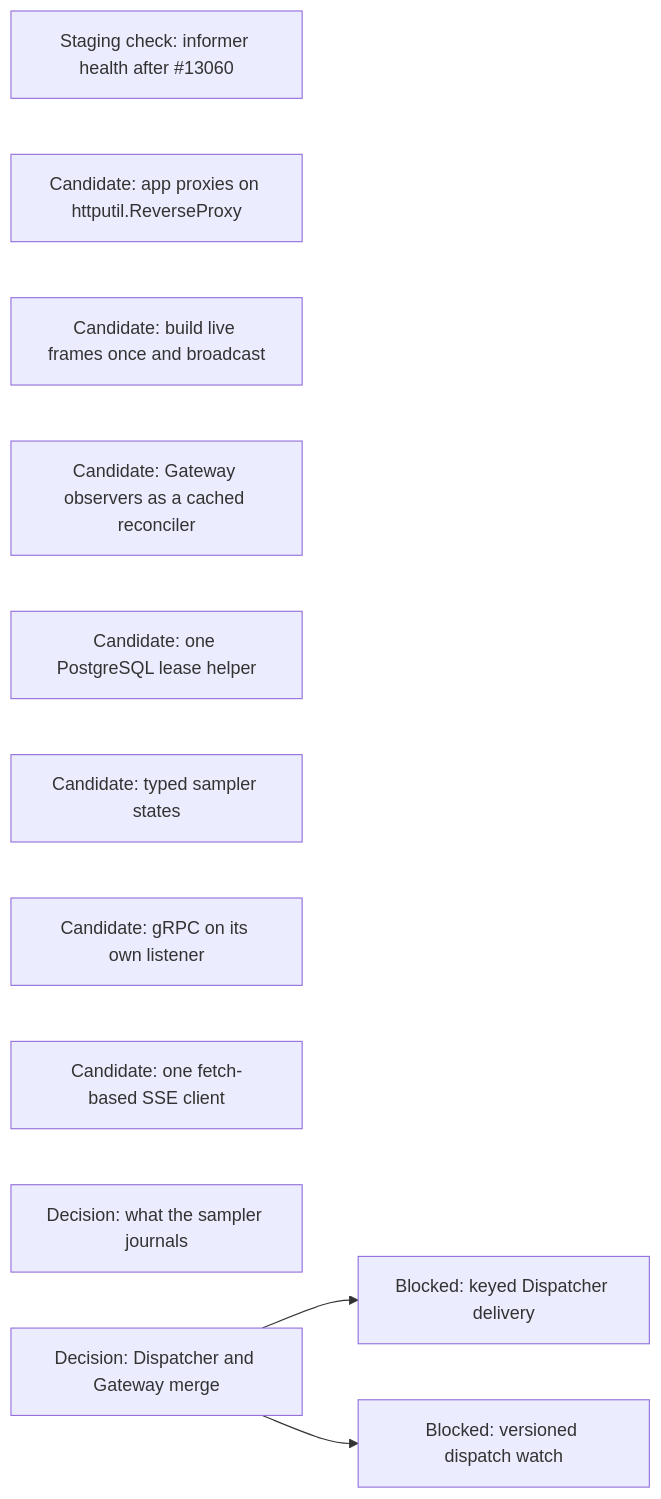
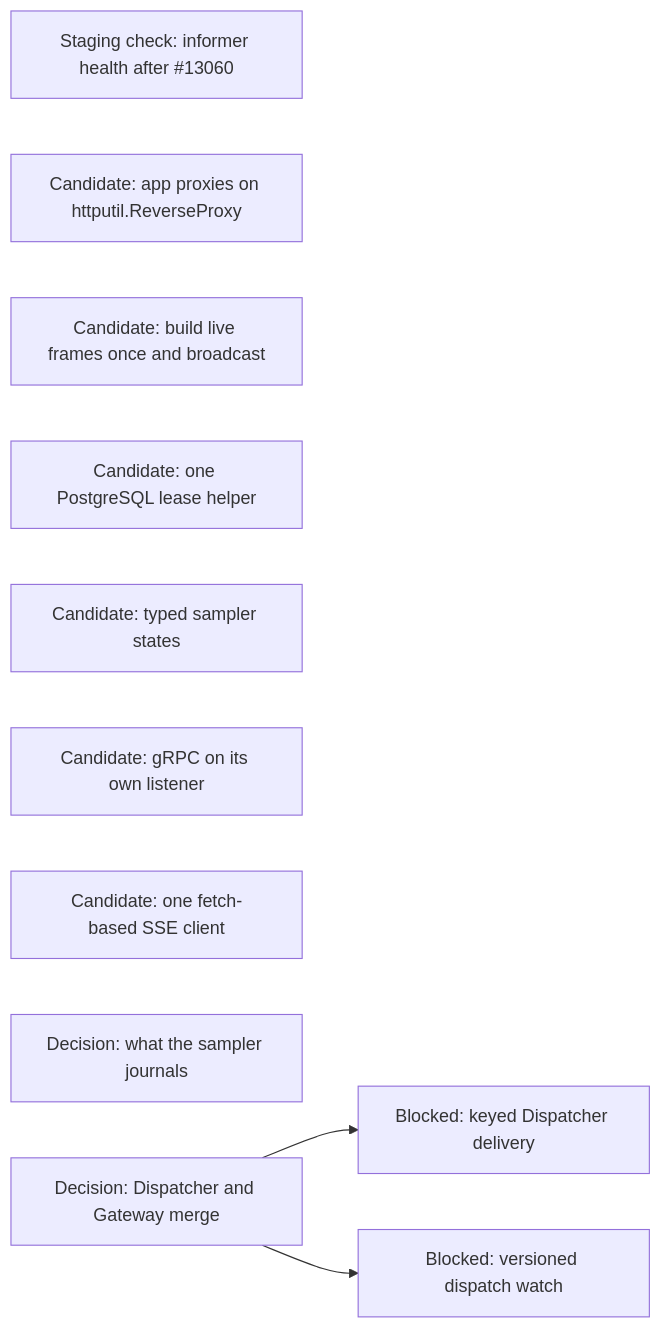
Before and after one commit to agentydragon/ducktape: diagram 18 of 18 in agentplane/plans/task_dag.md, drawn with Mermaid. The commit also changed other lines of this file and 15 other files, not shown here.

First line of the commit message:
agentplane: Gateway runner observers reconcile from the informer cache

````diff
--- a/agentplane/plans/task_dag.md
+++ b/agentplane/plans/task_dag.md
@@ -1869,14 +1869,13 @@
 ```mermaid
 flowchart LR
     KUBERNETES_NATIVE_WATCH_HEALTH[Staging check: informer health after #13060]
     APP_PROXY_REVERSE_PROXY[Candidate: app proxies on httputil.ReverseProxy]
     APP_LIVE_FRAME_BROADCAST[Candidate: build live frames once and broadcast]
-    GATEWAY_OBSERVER_RECONCILER[Candidate: Gateway observers as a cached reconciler]
     POSTGRES_LEASE_HELPER[Candidate: one PostgreSQL lease helper]
     SAMPLER_TYPED_STATE[Candidate: typed sampler states]
     GRPC_NATIVE_LISTENER[Candidate: gRPC on its own listener]
     FRONTEND_SSE_CLIENT[Candidate: one fetch-based SSE client]
     SAMPLER_JOURNAL_DIET[Decision: what the sampler journals]
     DISPATCHER_PERSISTENCE_MODEL_DESIGN[Decision: Dispatcher and Gateway merge] --> DISPATCHER_KEYED_DELIVERY[Blocked: keyed Dispatcher delivery]
     DISPATCHER_PERSISTENCE_MODEL_DESIGN --> DISPATCHER_WATCH_VERSIONS[Blocked: versioned dispatch watch]
 ```
````
